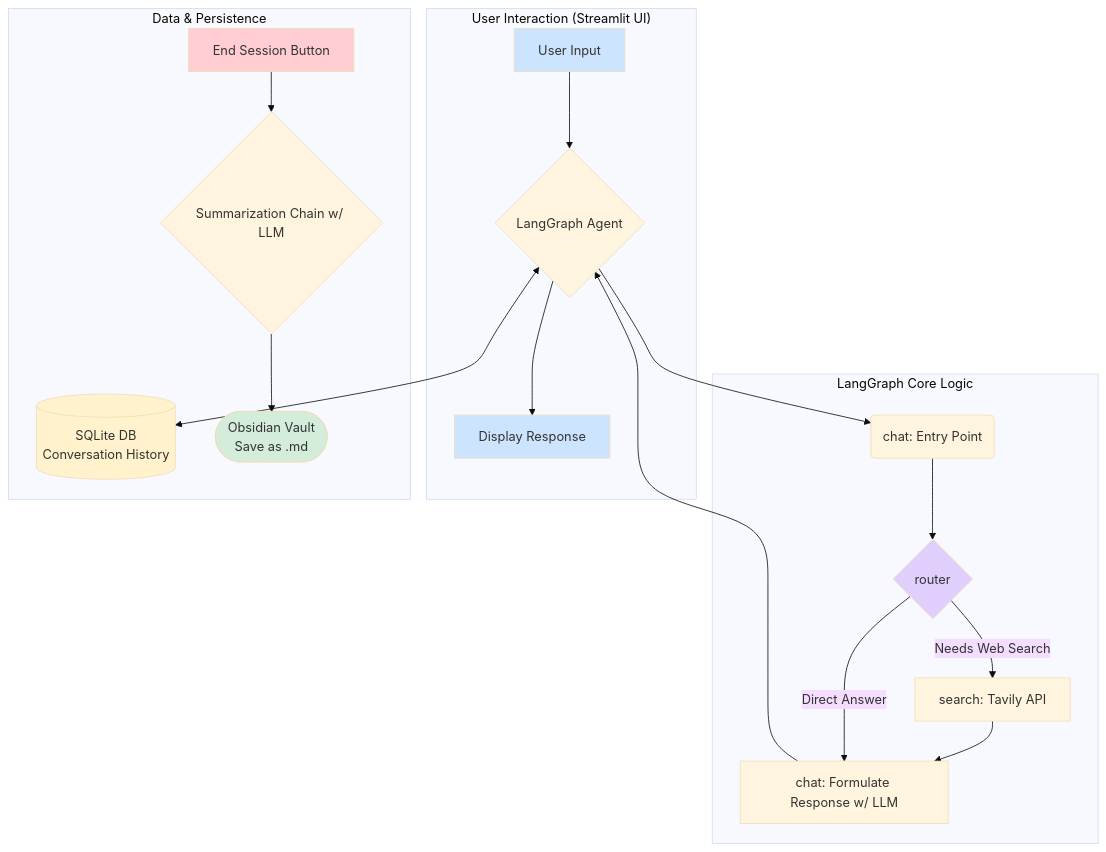
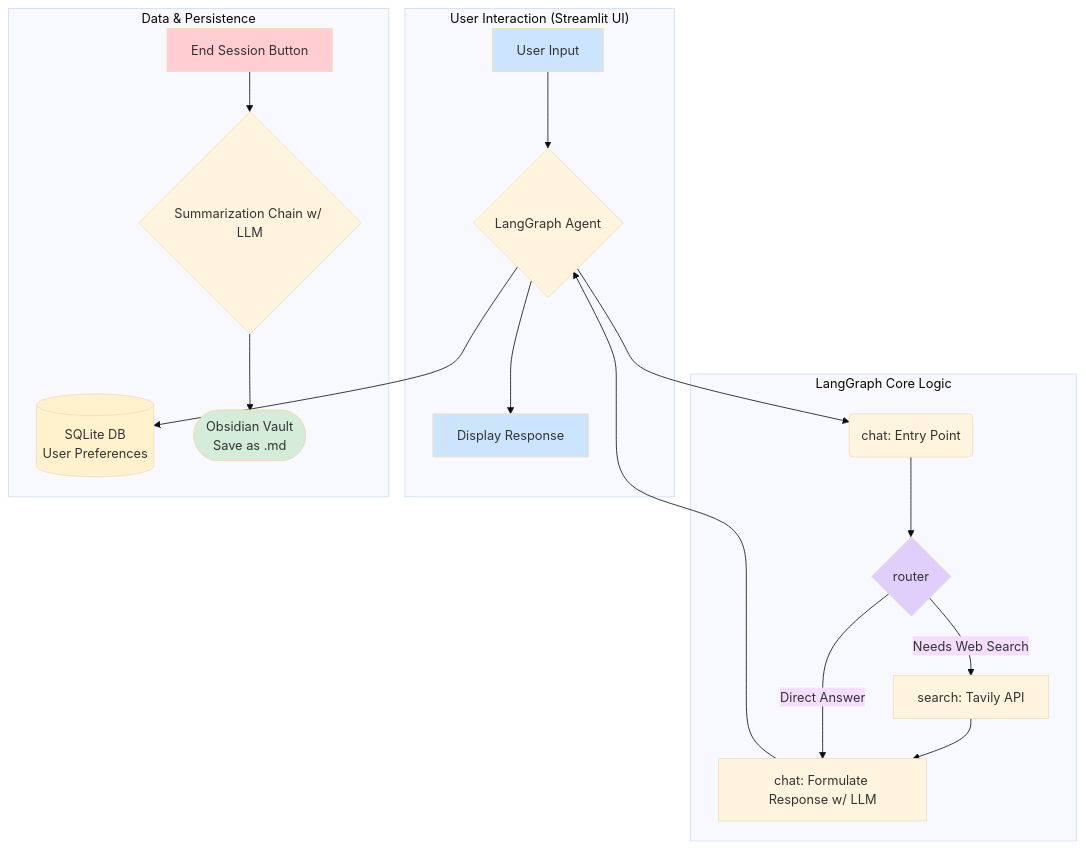
One commit to thomastv/CogniGraph changed the diagram in README.md. Above: the diagram before and after it, drawn with Mermaid (base theme). The commit also changed other lines of this file and 12 other files, not shown here.

````diff
--- a/README.md
+++ b/README.md
@@ -13,30 +13,30 @@
 ```mermaid
 graph TD
     subgraph "User Interaction (Streamlit UI)"
         A[User Input] --> B{LangGraph Agent};
         B --> C[Display Response];
     end
 
     subgraph "LangGraph Core Logic"
         B --> D(chat: Entry Point);
         D --> E{router};
         E -- Needs Web Search --> F[search: Tavily API];
         F --> G[chat: Formulate Response w/ LLM];
         E -- Direct Answer --> G;
         G --> B;
     end
 
     subgraph "Data & Persistence"
-        B <--> H[(SQLite DB<br>Conversation History)];
+        B --> H[(SQLite DB<br>User Preferences)];
         I[End Session Button] --> J{Summarization Chain w/ LLM};
         J --> K([Obsidian Vault<br>Save as .md]);
     end
 
     style A fill:#cde4ff
     style C fill:#cde4ff
     style I fill:#ffcdd2
     style K fill:#d4edda
     style H fill:#fff2cc
     style E fill:#e0cffc
 
 ```
````
